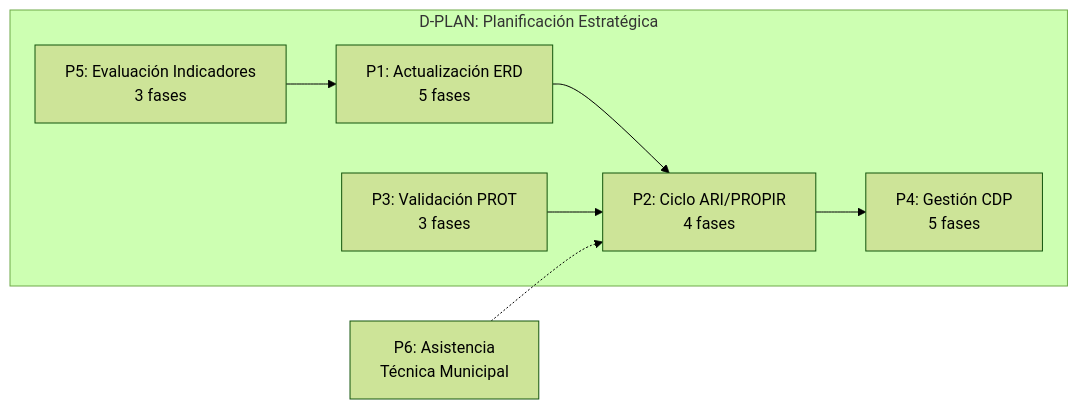
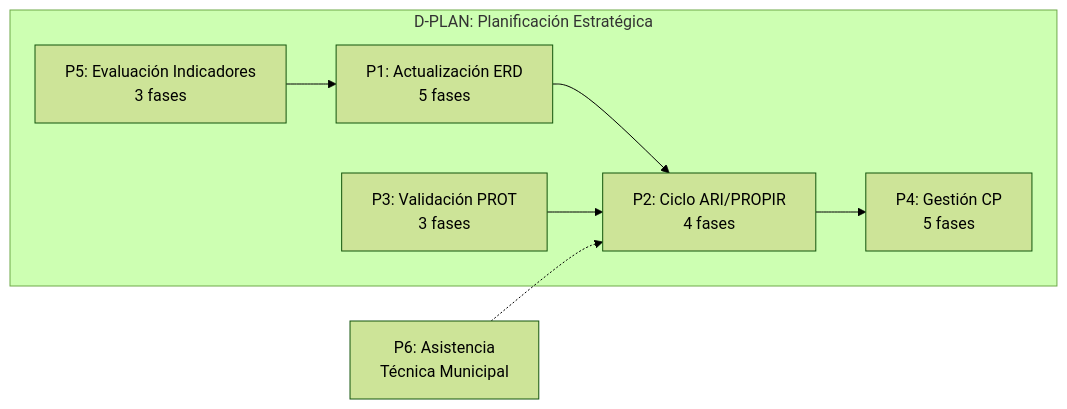
One commit to felix-antonio-sl/gore_os changed the second of 10 diagrams in docs/blueprint/domains/domain_d-plan.md. Above: the diagram before and after it, drawn with Mermaid (forest theme). The commit also changed other lines of this file and 20 other files, not shown here.

````diff
--- a/docs/blueprint/domains/domain_d-plan.md
+++ b/docs/blueprint/domains/domain_d-plan.md
@@ -222,16 +226,16 @@
 ```mermaid
 flowchart LR
     subgraph DPLAN["D-PLAN: Planificación Estratégica"]
         P1["P1: Actualización ERD<br/>5 fases"]
         P2["P2: Ciclo ARI/PROPIR<br/>4 fases"]
         P3["P3: Validación PROT<br/>3 fases"]
-        P4["P4: Gestión CDP<br/>5 fases"]
+        P4["P4: Gestión CP<br/>5 fases"]
         P5["P5: Evaluación Indicadores<br/>3 fases"]
     end
 
     P1 --> P2
     P3 --> P2
     P5 --> P1
     P2 --> P4
     P6["P6: Asistencia<br/>Técnica Municipal"] -.-> P2
 ```
````
